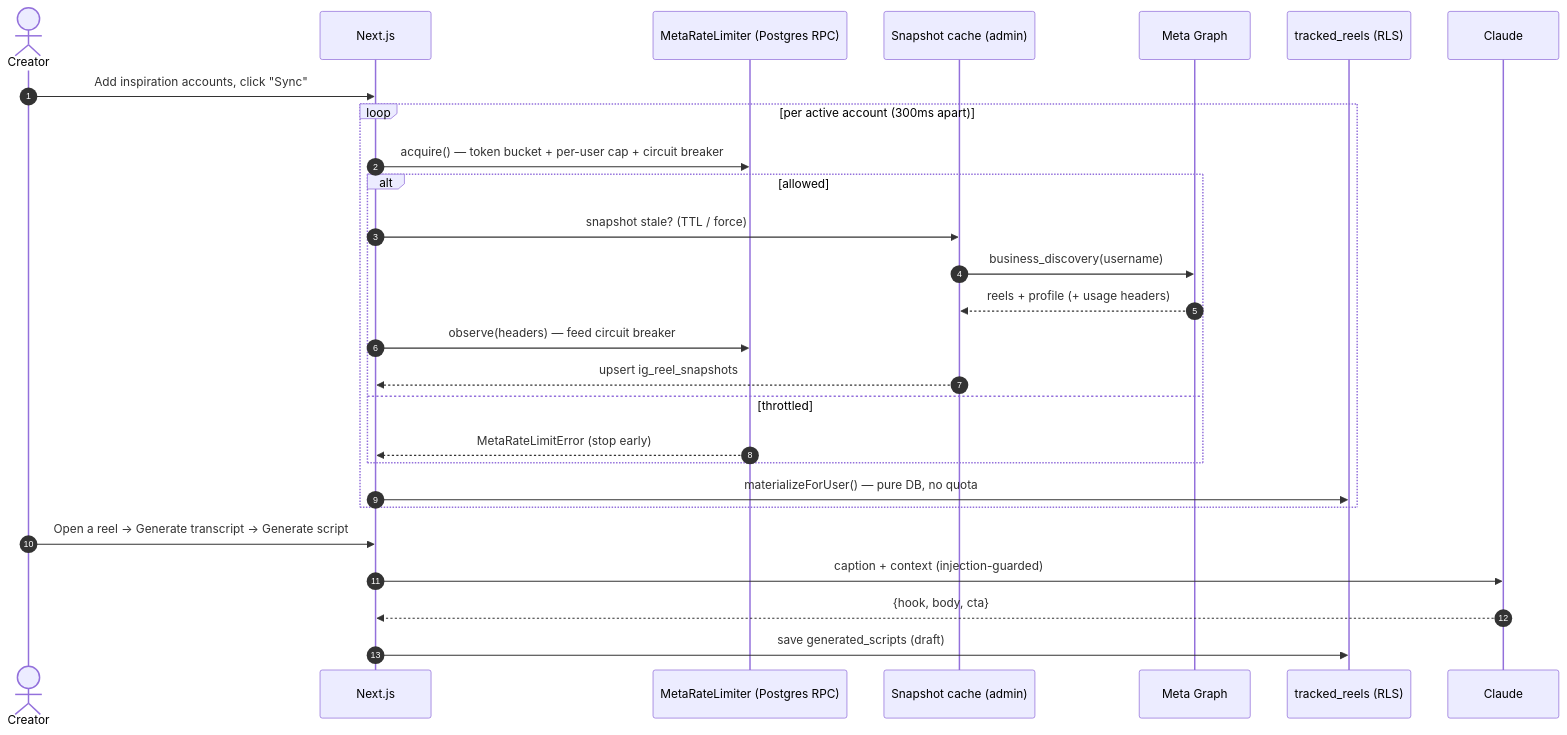
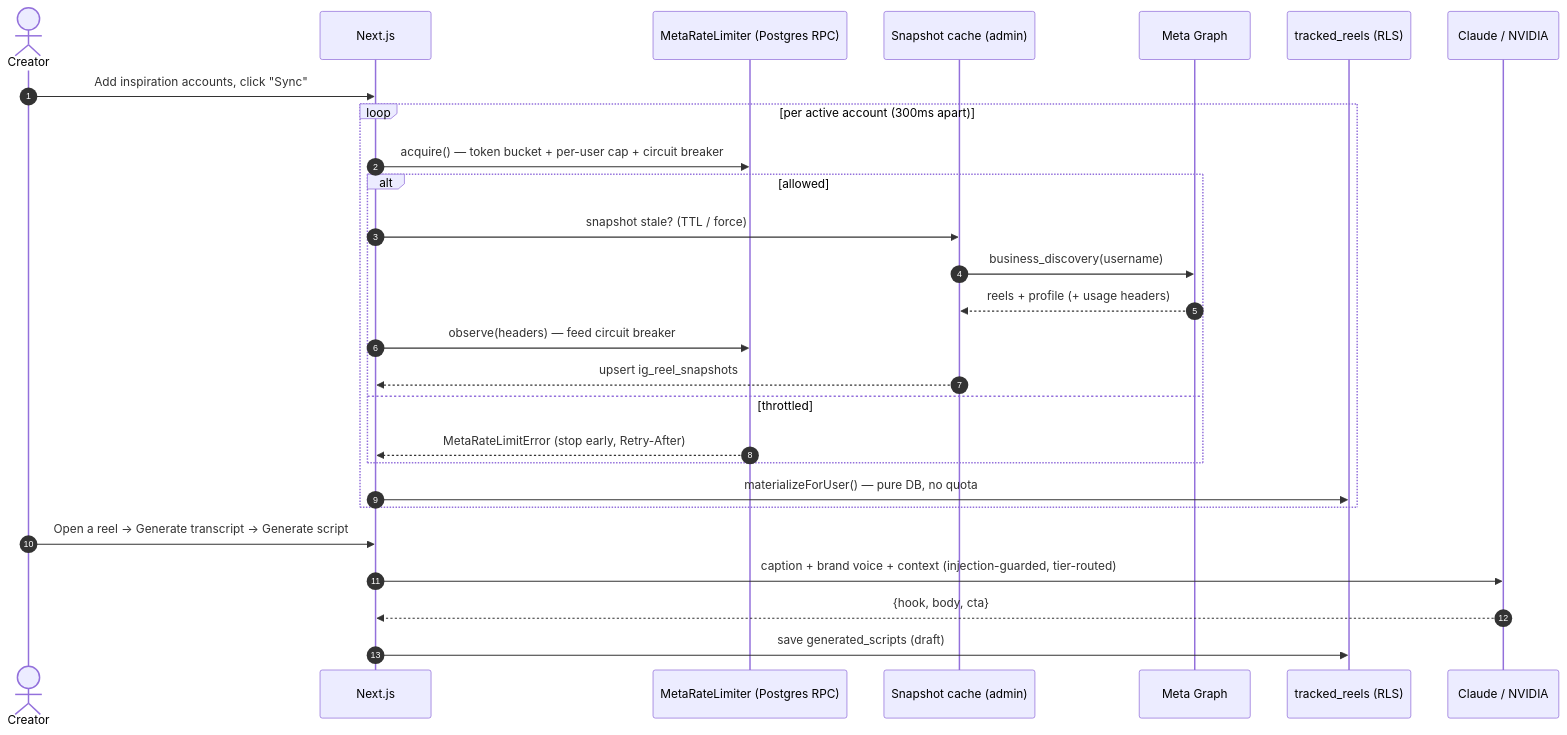
One commit to EngMajdSayedTaha/reelspy changed the third of 11 diagrams in docs/product/01-technical-documentation.md. Above: the diagram before and after it, drawn with Mermaid. The commit also changed other lines of this file and 11 other files, not shown here.

````diff
--- a/docs/product/01-technical-documentation.md
+++ b/docs/product/01-technical-documentation.md
@@ -130,30 +154,30 @@
 ```mermaid
 sequenceDiagram
     autonumber
     actor U as Creator
     participant App as Next.js
     participant RL as MetaRateLimiter (Postgres RPC)
     participant Cache as Snapshot cache (admin)
     participant Meta as Meta Graph
     participant Feed as tracked_reels (RLS)
-    participant Claude
+    participant AI as Claude / NVIDIA
 
     U->>App: Add inspiration accounts, click "Sync"
     loop per active account (300ms apart)
         App->>RL: acquire() — token bucket + per-user cap + circuit breaker
         alt allowed
             App->>Cache: snapshot stale? (TTL / force)
             Cache->>Meta: business_discovery(username)
             Meta-->>Cache: reels + profile (+ usage headers)
             App->>RL: observe(headers) — feed circuit breaker
             Cache-->>App: upsert ig_reel_snapshots
         else throttled
-            RL-->>App: MetaRateLimitError (stop early)
+            RL-->>App: MetaRateLimitError (stop early, Retry-After)
         end
         App->>Feed: materializeForUser() — pure DB, no quota
     end
     U->>App: Open a reel → Generate transcript → Generate script
-    App->>Claude: caption + context (injection-guarded)
-    Claude-->>App: {hook, body, cta}
+    App->>AI: caption + brand voice + context (injection-guarded, tier-routed)
+    AI-->>App: {hook, body, cta}
     App->>Feed: save generated_scripts (draft)
 ```
````
